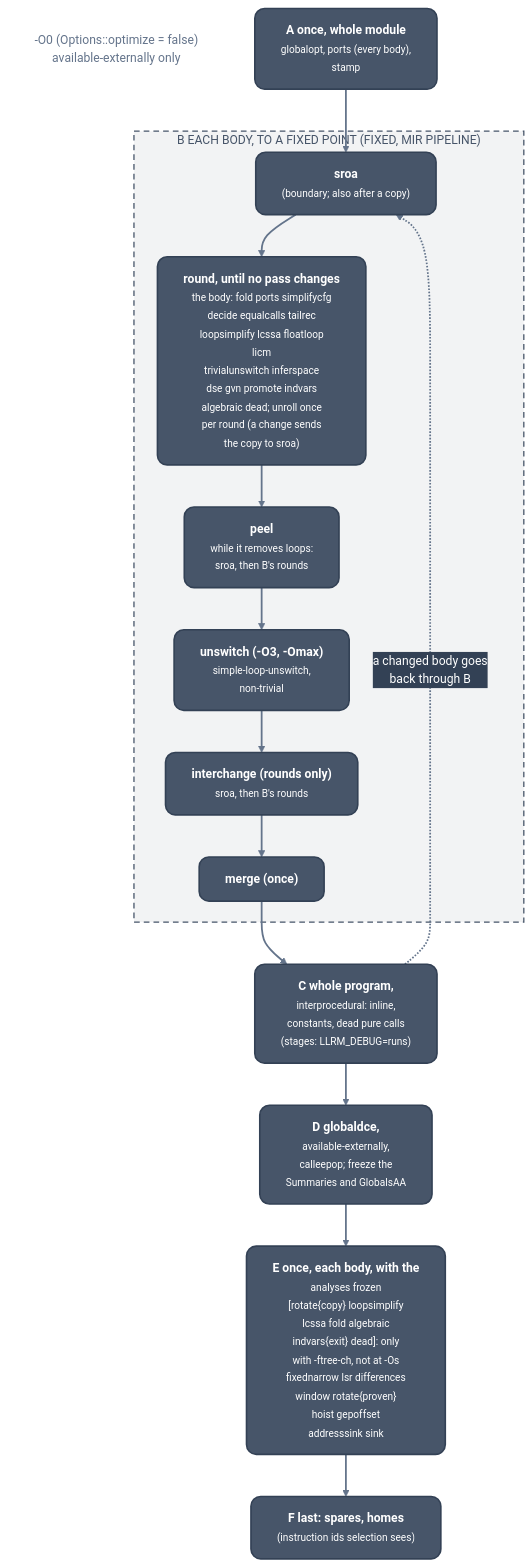
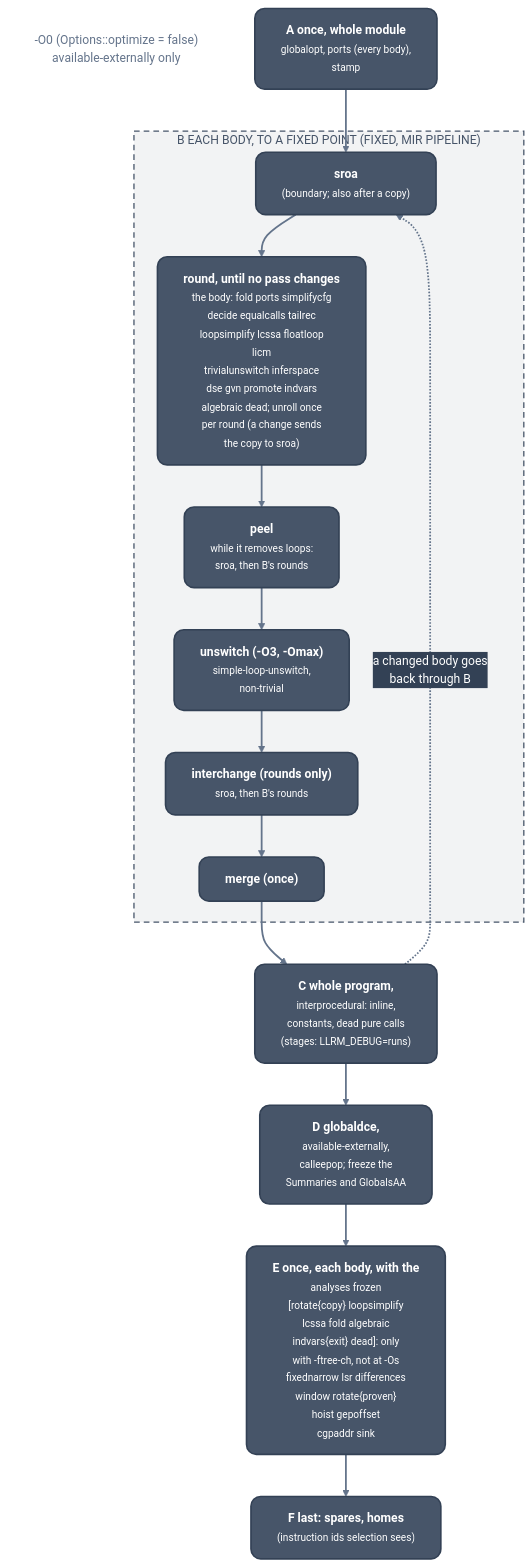
Before and after one commit to ali-mosavian/llrm: the diagram in docs/optimizations/passes/pipeline.md, drawn with Mermaid. The commit also changed other lines of this file and 3 other files, not shown here.

Commit message:
docs: cgpaddr page, addresssink page gone

````diff
--- a/docs/optimizations/passes/pipeline.md
+++ b/docs/optimizations/passes/pipeline.md
@@ -22,33 +22,33 @@
 ```mermaid
 %%{init: {'theme':'base','themeVariables':{'fontFamily':'Segoe UI, Helvetica Neue, Arial, DejaVu Sans, sans-serif','fontSize':'15px','primaryColor':'#475569','primaryTextColor':'#ffffff','primaryBorderColor':'#334155','lineColor':'#64748b','secondaryColor':'#475569','tertiaryColor':'transparent','clusterBkg':'transparent','clusterBorder':'#64748b','edgeLabelBackground':'#334155','textColor':'#64748b','titleColor':'#64748b'},'flowchart':{'curve':'basis','nodeSpacing':38,'rankSpacing':52,'padding':16,'wrappingWidth':360,'htmlLabels':true,'useMaxWidth':true}}}%%
 flowchart TB
   classDef mid fill:#475569,stroke:#334155,stroke-width:2px,color:#ffffff,rx:12px,ry:12px
   classDef note fill:transparent,stroke:transparent,color:#64748b
   linkStyle default stroke:#64748b,stroke-width:2.2px
   o0["-O0 (Options::optimize = false)<br/>available-externally only"]:::note
   a["<b>A  once, whole module</b><br/><small>globalopt, ports (every body),<br/>stamp</small>"]:::mid
   subgraph g_b["B  EACH BODY, TO A FIXED POINT (FIXED, MIR PIPELINE)"]
     sroa["<b>sroa</b><br/><small>(boundary#59; also after a copy)</small>"]:::mid
     rnd["<b>round, until no pass changes</b><br/><small>the body: fold ports simplifycfg<br/>decide equalcalls tailrec<br/>loopsimplify lcssa floatloop<br/>licm<br/>trivialunswitch inferspace<br/>dse gvn promote indvars<br/>algebraic dead#59; unroll once<br/>per round (a change sends<br/>the copy to sroa)</small>"]:::mid
     peel["<b>peel</b><br/><small>while it removes loops:<br/>sroa, then B's rounds</small>"]:::mid
     unsw["<b>unswitch (-O3, -Omax)</b><br/><small>simple-loop-unswitch,<br/>non-trivial</small>"]:::mid
     swap["<b>interchange (rounds only)</b><br/><small>sroa, then B's rounds</small>"]:::mid
     mrg["<b>merge (once)</b>"]:::mid
   end
   c["<b>C  whole program,</b><br/><small>interprocedural: inline,<br/>constants, dead pure calls<br/>(stages: LLRM_DEBUG=runs)</small>"]:::mid
   d["<b>D  globaldce,</b><br/><small>available-externally,<br/>calleepop#59; freeze the<br/>Summaries and GlobalsAA</small>"]:::mid
-  e["<b>E  once, each body, with the</b><br/><small>analyses frozen<br/>[rotate#123;copy#125; loopsimplify<br/>lcssa fold algebraic<br/>indvars#123;exit#125; dead]: only<br/>with -ftree-ch, not at -Os<br/>fixednarrow lsr differences<br/>window rotate#123;proven#125;<br/>hoist gepoffset<br/>addresssink sink</small>"]:::mid
+  e["<b>E  once, each body, with the</b><br/><small>analyses frozen<br/>[rotate#123;copy#125; loopsimplify<br/>lcssa fold algebraic<br/>indvars#123;exit#125; dead]: only<br/>with -ftree-ch, not at -Os<br/>fixednarrow lsr differences<br/>window rotate#123;proven#125;<br/>hoist gepoffset<br/>cgpaddr sink</small>"]:::mid
   f["<b>F  last: spares, homes</b><br/><small>(instruction ids selection sees)</small>"]:::mid
   a --> sroa
   sroa --> rnd
   rnd --> peel
   peel --> unsw
   unsw --> swap
   swap --> mrg
   mrg --> c
   c -.->|"a changed body goes<br/>back through B"| sroa
   c --> d
   d --> e
   e --> f
   style g_b fill:#47556912,stroke:#475569,stroke-width:1.6px,stroke-dasharray:7 5,color:#475569
 ```
````
